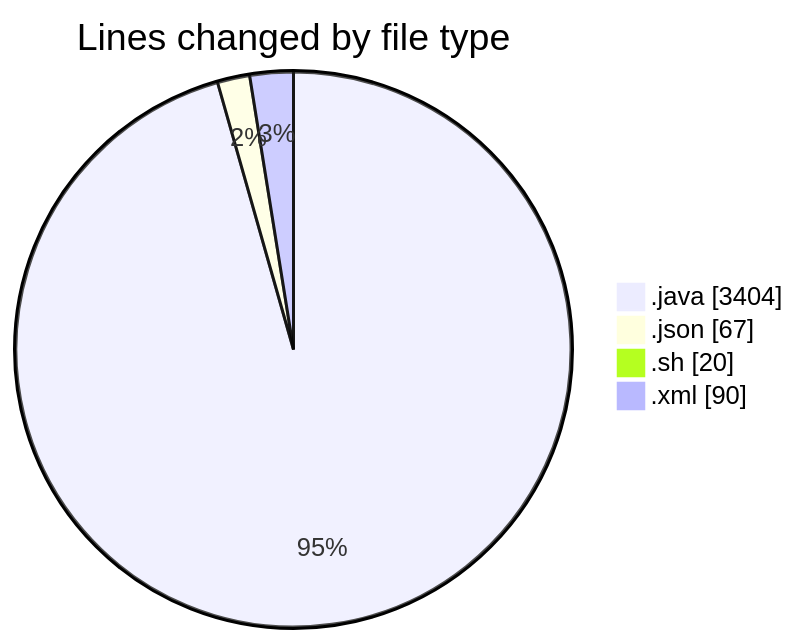
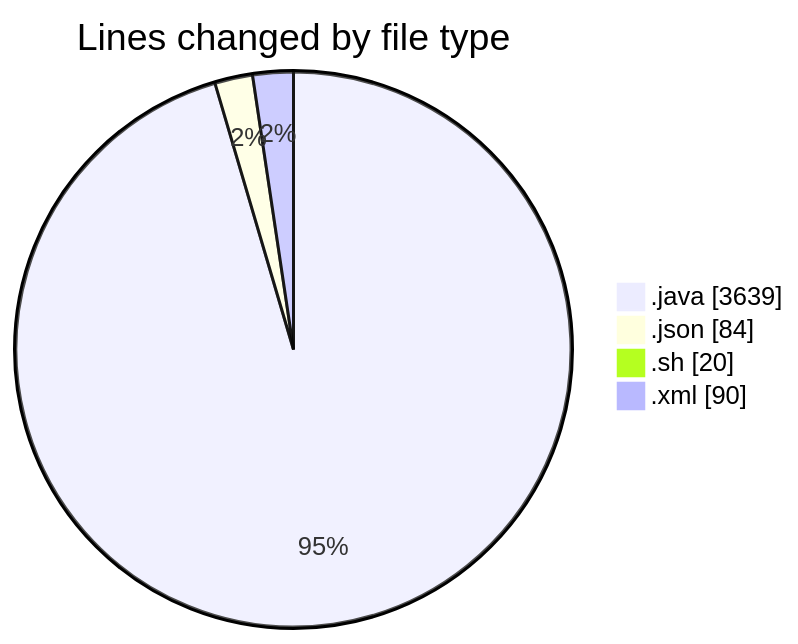
One commit to charlie-sans/code-tracking changed the first of 2 diagrams in 2025-02-23/micros/README.md. Above: the diagram before and after it, drawn with Mermaid. The commit also changed other lines of this file and 1 other file, not shown here.

````diff
--- a/2025-02-23/micros/README.md
+++ b/2025-02-23/micros/README.md
@@ -44,8 +47,8 @@
 ```mermaid
 pie showData
 title Lines changed by file type
-".java" : 3404
-".json" : 67
+".java" : 3639
+".json" : 84
 ".sh" : 20
 ".xml" : 90
 ```
````
